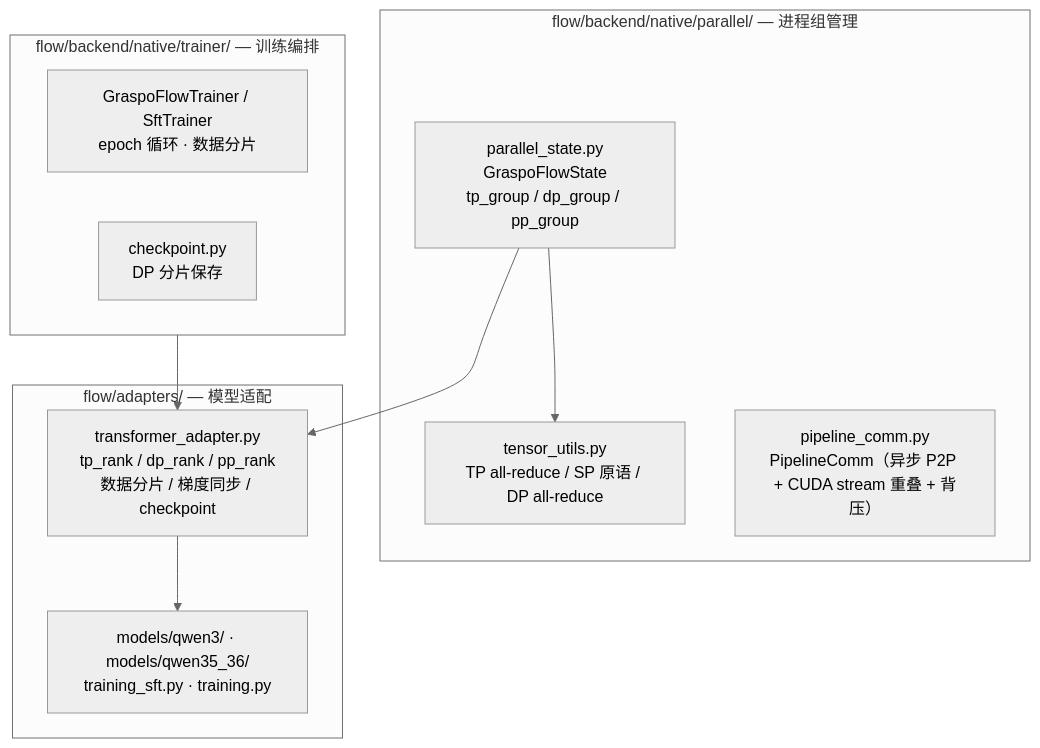
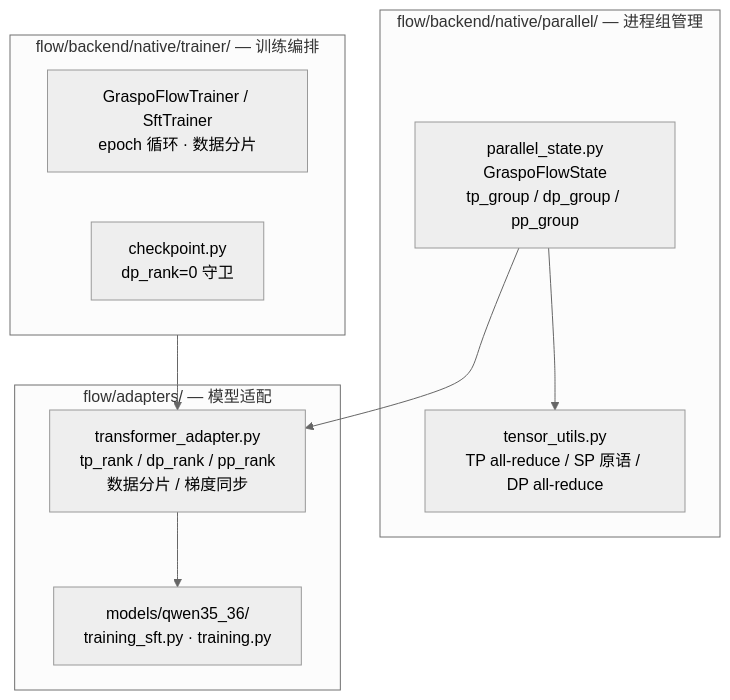
Before and after one commit to godthrone/graspo: the first of 4 diagrams in docs/flow.md, drawn with Mermaid (neutral theme). The commit also changed other lines of this file and 284 other files, not shown here.

````diff
--- a/docs/flow.md
+++ b/docs/flow.md
@@ -127,20 +16,19 @@
 ```mermaid
 flowchart TB
     subgraph PARALLEL["flow/backend/native/parallel/ — 进程组管理"]
         PS["parallel_state.py<br/>GraspoFlowState<br/>tp_group / dp_group / pp_group"]
         TU["tensor_utils.py<br/>TP all-reduce / SP 原语 / DP all-reduce"]
-        PC["pipeline_comm.py<br/>PipelineComm（异步 P2P + CUDA stream 重叠 + 背压）"]
     end
     subgraph ADAPTER["flow/adapters/ — 模型适配"]
-        TA["transformer_adapter.py<br/>tp_rank / dp_rank / pp_rank<br/>数据分片 / 梯度同步 / checkpoint"]
-        MODEL["models/qwen3/ · models/qwen35_36/<br/>training_sft.py · training.py"]
+        TA["transformer_adapter.py<br/>tp_rank / dp_rank / pp_rank<br/>数据分片 / 梯度同步"]
+        MODEL["models/qwen35_36/<br/>training_sft.py · training.py"]
     end
     subgraph TRAINER["flow/backend/native/trainer/ — 训练编排"]
         TR["GraspoFlowTrainer / SftTrainer<br/>epoch 循环 · 数据分片"]
-        CKPT["checkpoint.py<br/>DP 分片保存"]
+        CKPT["checkpoint.py<br/>dp_rank=0 守卫"]
     end
     PS --> TU
     PS --> TA
     TA --> MODEL
     TRAINER --> TA
 ```
````
